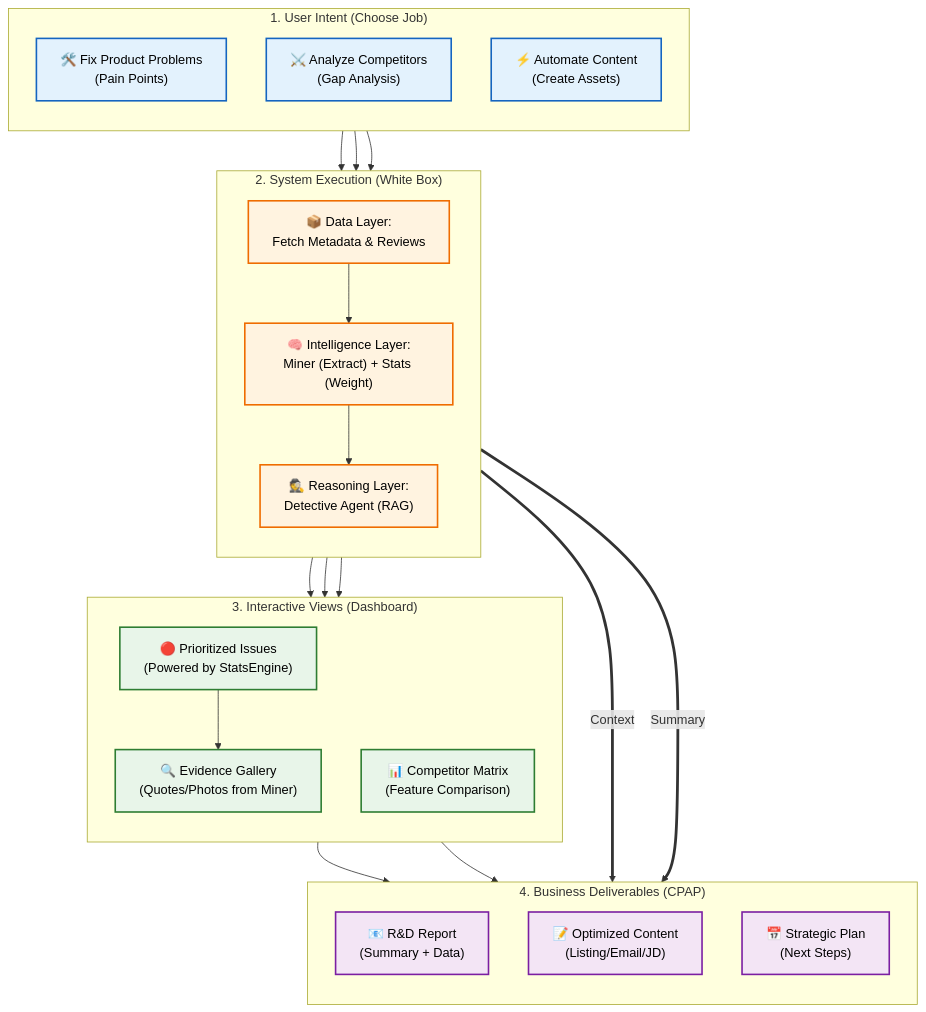
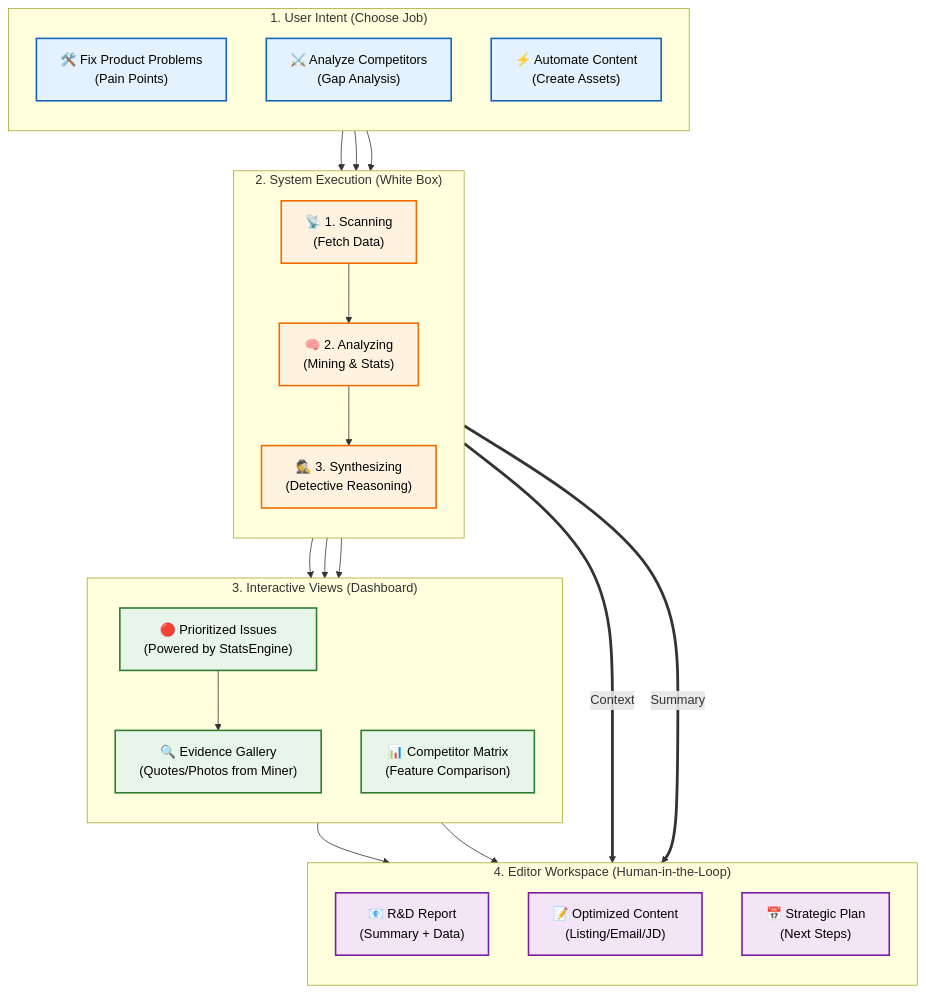
Before and after one commit to Daniel-LeTC/AI_market_intel_platform: the fifth of 5 diagrams in docs/ECOSYSTEM_NODES_MAP.md, drawn with Mermaid. The commit also changed other lines of this file, not shown here.

Commit message:
docs: finalize Part 4 (Product User View) with realistic Interactive Console mapping

````diff
--- a/docs/ECOSYSTEM_NODES_MAP.md
+++ b/docs/ECOSYSTEM_NODES_MAP.md
@@ -262,61 +268,64 @@
 ```mermaid
 graph TD
     %% STYLES
     classDef job fill:#e3f2fd,stroke:#1565c0,stroke-width:2px,color:#000;
     classDef sys fill:#fff3e0,stroke:#ef6c00,stroke-width:2px,color:#000;
     classDef out fill:#e8f5e9,stroke:#2e7d32,stroke-width:2px,color:#000;
     classDef action fill:#f3e5f5,stroke:#7b1fa2,stroke-width:2px,color:#000;
 
     %% --- 1. USER JOBS (INPUT) ---
     subgraph INTENT ["1. User Intent (Choose Job)"]
         direction TB
         Job_Fix["🛠️ Fix Product Problems<br/>(Pain Points)"]:::job
         Job_Beat["⚔️ Analyze Competitors<br/>(Gap Analysis)"]:::job
         Job_Auto["⚡ Automate Content<br/>(Create Assets)"]:::job
     end
 
     %% --- 2. SYSTEM PROCESSING (TRANSPARENT BOX) ---
     subgraph SYSTEM ["2. System Execution (White Box)"]
         direction TB
-        Node_Data["📦 Data Layer:<br/>Fetch Metadata & Reviews"]:::sys
-        Node_Intel["🧠 Intelligence Layer:<br/>Miner (Extract) + Stats (Weight)"]:::sys
-        Node_Reason["🕵️ Reasoning Layer:<br/>Detective Agent (RAG)"]:::sys
+        Node_Scan["📡 1. Scanning<br/>(Fetch Data)"]:::sys
+        Node_Analyze["🧠 2. Analyzing<br/>(Mining & Stats)"]:::sys
+        Node_Synth["🕵️ 3. Synthesizing<br/>(Detective Reasoning)"]:::sys
     end
 
     %% --- 3. INTERACTIVE OUTPUTS (TOUCHPOINTS) ---
     subgraph VIEW ["3. Interactive Views (Dashboard)"]
         direction TB
         Out_Issues["🔴 Prioritized Issues<br/>(Powered by StatsEngine)"]:::out
         Out_Evidence["🔍 Evidence Gallery<br/>(Quotes/Photos from Miner)"]:::out
         Out_Gap["📊 Competitor Matrix<br/>(Feature Comparison)"]:::out
     end
 
     %% --- 4. ACTIONABLE ARTIFACTS (CPAP OUTPUT) ---
-    subgraph ACTION ["4. Business Deliverables (CPAP)"]
+    subgraph EDITOR ["4. Editor Workspace (Human-in-the-Loop)"]
         direction TB
         Act_Report["📧 R&D Report<br/>(Summary + Data)"]:::action
         Act_Content["📝 Optimized Content<br/>(Listing/Email/JD)"]:::action
         Act_Plan["📅 Strategic Plan<br/>(Next Steps)"]:::action
     end
 
     %% FLOW MAPPING
-    Job_Fix --> Node_Data
-    Job_Beat --> Node_Data
-    Job_Auto --> Node_Reason
+    Job_Fix --> Node_Scan
+    Job_Beat --> Node_Scan
+    
+    %% Logic Data
+    Node_Scan --> Node_Analyze
+    Node_Analyze --> Node_Synth
+    
+    %% Logic Auto
+    Job_Auto --> Node_Synth
 
-    Node_Data --> Node_Intel
-    Node_Intel --> Node_Reason
-    
-    Node_Intel --> Out_Issues
-    Node_Intel --> Out_Evidence
-    Node_Reason --> Out_Gap
+    Node_Analyze --> Out_Issues
+    Node_Analyze --> Out_Evidence
+    Node_Synth --> Out_Gap
 
     %% User Interactive Loop
     Out_Issues --> Out_Evidence
     Out_Evidence --> Act_Plan
     Out_Gap --> Act_Content
 
     %% Automation Link
-    Node_Reason ==>|Context| Act_Content
-    Node_Reason ==>|Summary| Act_Report
+    Node_Synth ==>|Context| Act_Content
+    Node_Synth ==>|Summary| Act_Report
 ```
````
